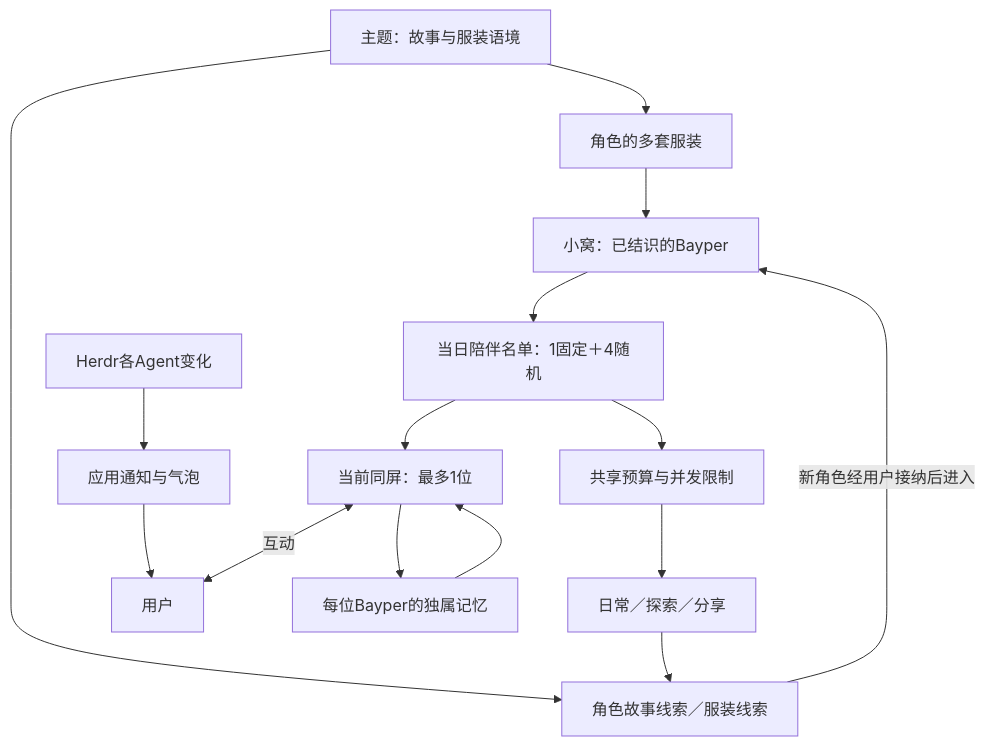
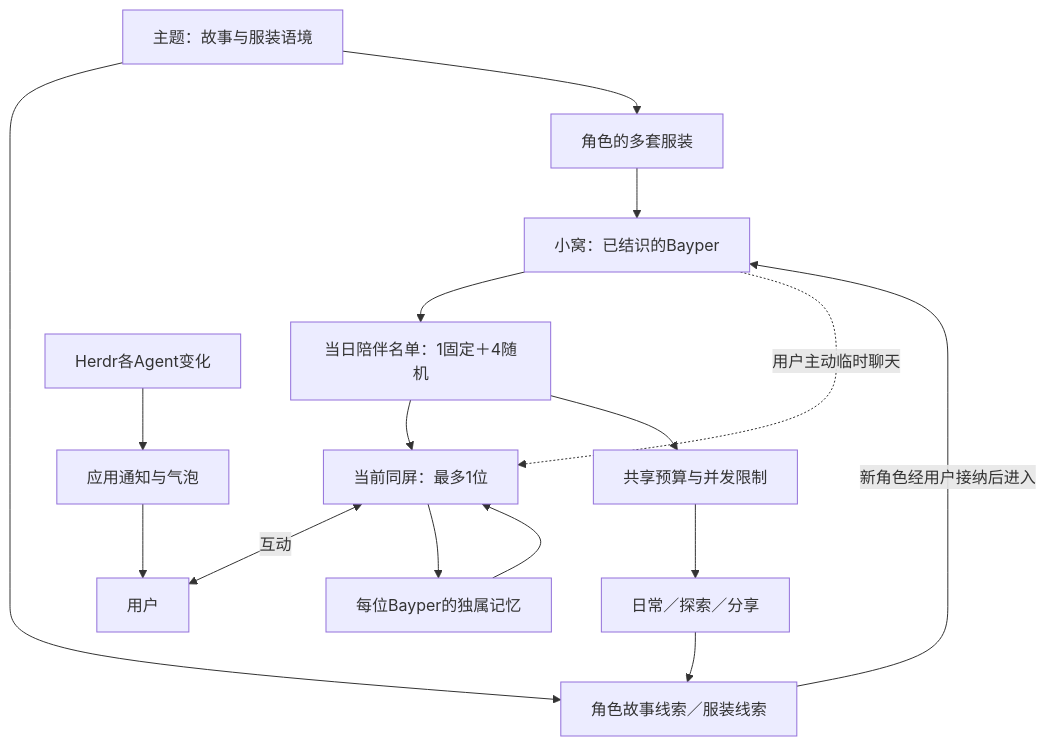
The diagram in .hapilon/polaris/Bayper桌面陪伴/prd.md (nekomorph-woo/bayper2), drawn with Mermaid before and after one commit. The commit also changed other lines of this file and 8 other files, not shown here.

````diff
--- a/.hapilon/polaris/Bayper桌面陪伴/prd.md
+++ b/.hapilon/polaris/Bayper桌面陪伴/prd.md
@@ -34,17 +34,18 @@
 ```mermaid
 flowchart TD
     H[小窝：已结识的Bayper] --> R[当日陪伴名单：1固定＋4随机]
     R --> V[当前同屏：最多1位]
+    H -.->|用户主动临时聊天| V
     R --> B[共享预算与并发限制]
     B --> A[日常／探索／分享]
     A --> C[角色故事线索／服装线索]
     C -->|新角色经用户接纳后进入| H
     T[主题：故事与服装语境] --> C
     T --> O[角色的多套服装]
     O --> H
     V <-->|互动| U[用户]
     V --> M[每位Bayper的独属记忆]
     M --> V
     E[Herdr各Agent变化] --> N[应用通知与气泡]
     N --> U
 ```
````
